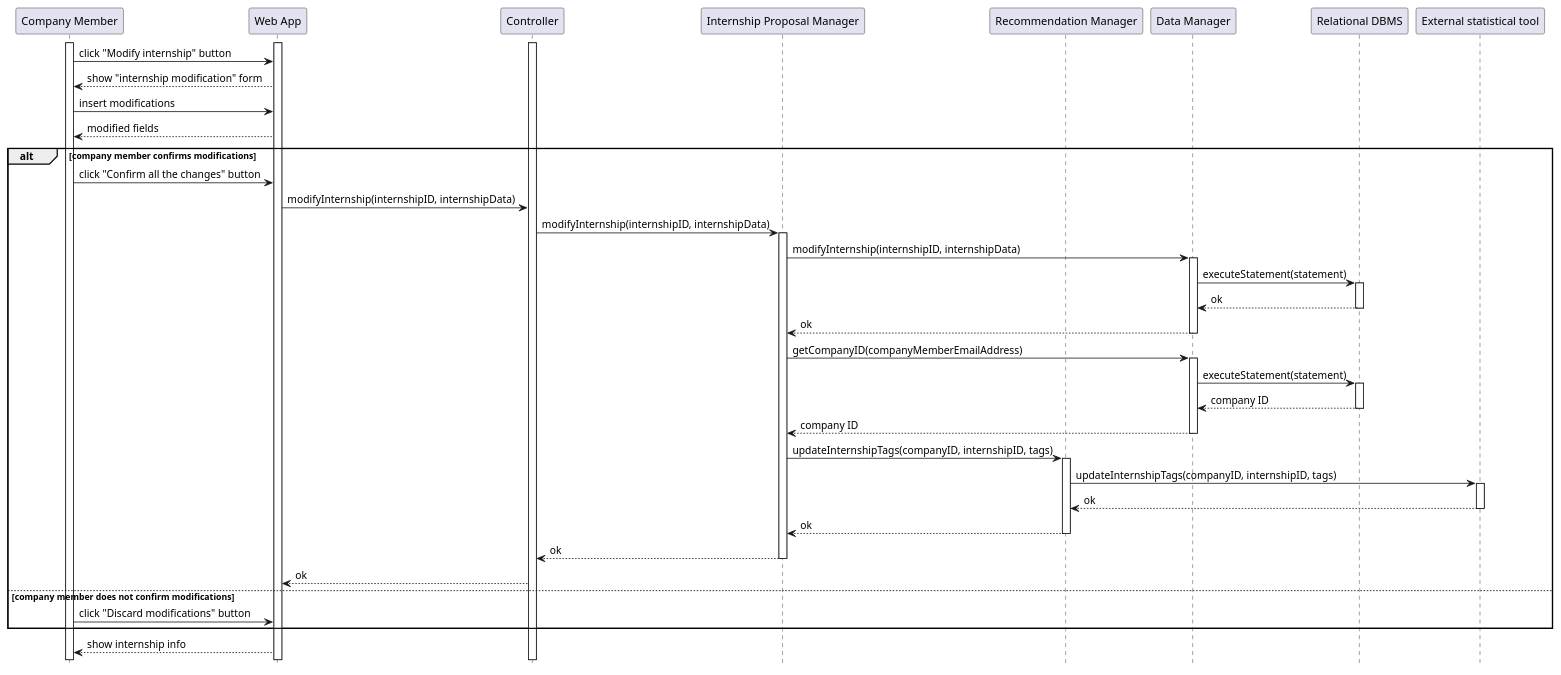
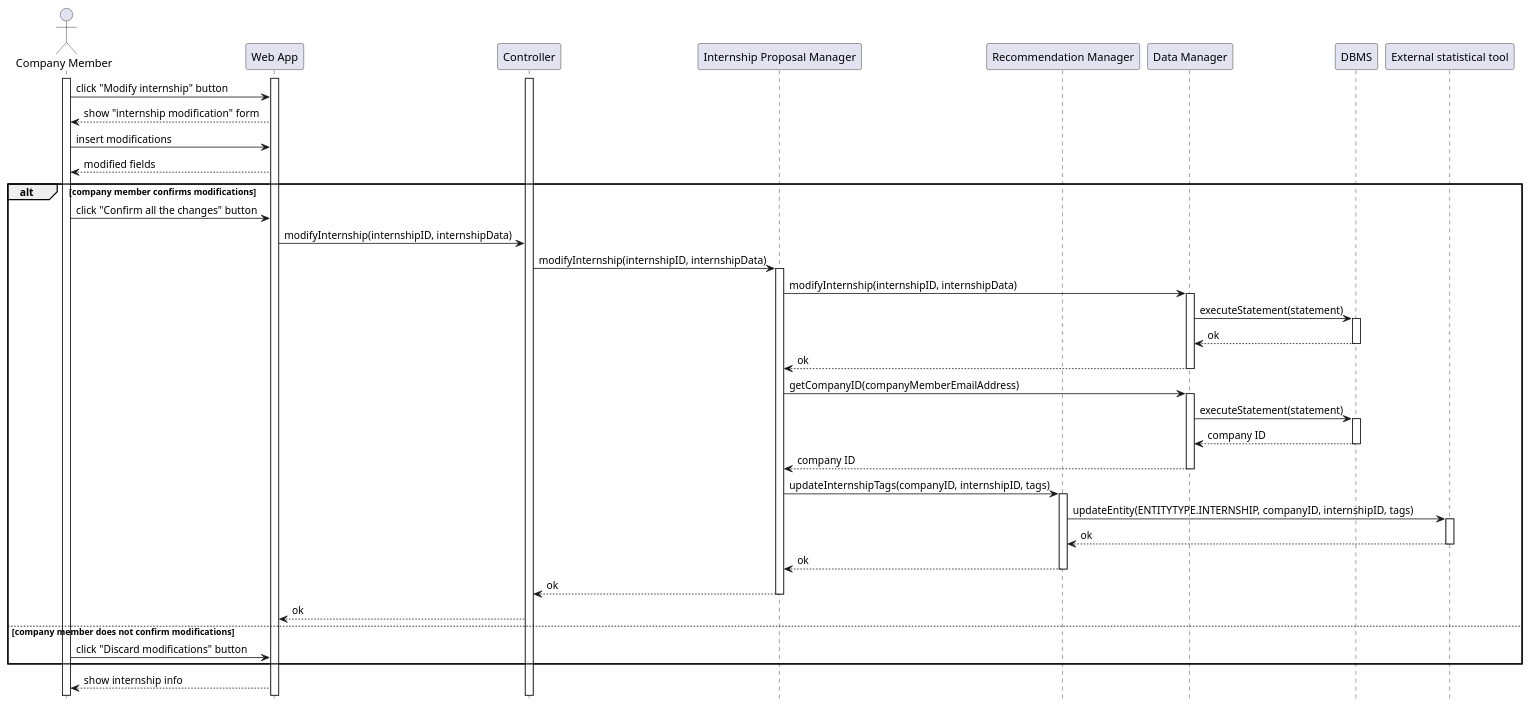
Before and after one commit to matti8702/R_and_DD_project_SE2: the diagram in DD/Architectural_design/uml_diagrams/RV8_diagram.puml, drawn with PlantUML. The commit also changed 9 other files, not shown here.

```diff
--- a/DD/Architectural_design/uml_diagrams/RV8_diagram.puml
+++ b/DD/Architectural_design/uml_diagrams/RV8_diagram.puml
@@ -1,59 +1,59 @@
 @startuml RV8_diagram
 hide footbox
 
-participant "Company Member" as CM
+actor "Company Member" as CM
 participant "Web App" as W
 participant "Controller" as C
 participant "Internship Proposal Manager" as I
 participant "Recommendation Manager" as RE
 participant "Data Manager" as DM
-participant "Relational DBMS" as RD
+participant "DBMS" as RD
 participant "External statistical tool" AS EXT
 
 activate CM
 activate W
 activate C
 CM -> W: click "Modify internship" button
 W --> CM: show "internship modification" form
 CM -> W: insert modifications
 W --> CM: modified fields
 alt company member confirms modifications
     CM -> W: click "Confirm all the changes" button
     W -> C: modifyInternship(internshipID, internshipData)
     C -> I: modifyInternship(internshipID, internshipData)
     activate I
     I -> DM: modifyInternship(internshipID, internshipData)
     activate DM
     DM -> RD: executeStatement(statement)
     activate RD
     RD --> DM: ok
     deactivate RD
     DM --> I: ok
     deactivate DM
 
     I -> DM: getCompanyID(companyMemberEmailAddress)
     activate DM
     DM -> RD: executeStatement(statement)
     activate RD
     RD --> DM: company ID
     deactivate RD
     DM --> I: company ID
     deactivate DM
 
     I -> RE: updateInternshipTags(companyID, internshipID, tags)
     activate RE
-    RE -> EXT: updateInternshipTags(companyID, internshipID, tags)
+    RE -> EXT: updateEntity(ENTITYTYPE.INTERNSHIP, companyID, internshipID, tags)
     activate EXT
     EXT --> RE: ok
     deactivate EXT
     RE --> I: ok
     deactivate RE
     I --> C: ok
     deactivate I
     C --> W: ok
 else company member does not confirm modifications
     CM -> W: click "Discard modifications" button
 end
 
 W --> CM: show internship info
 @enduml
```
